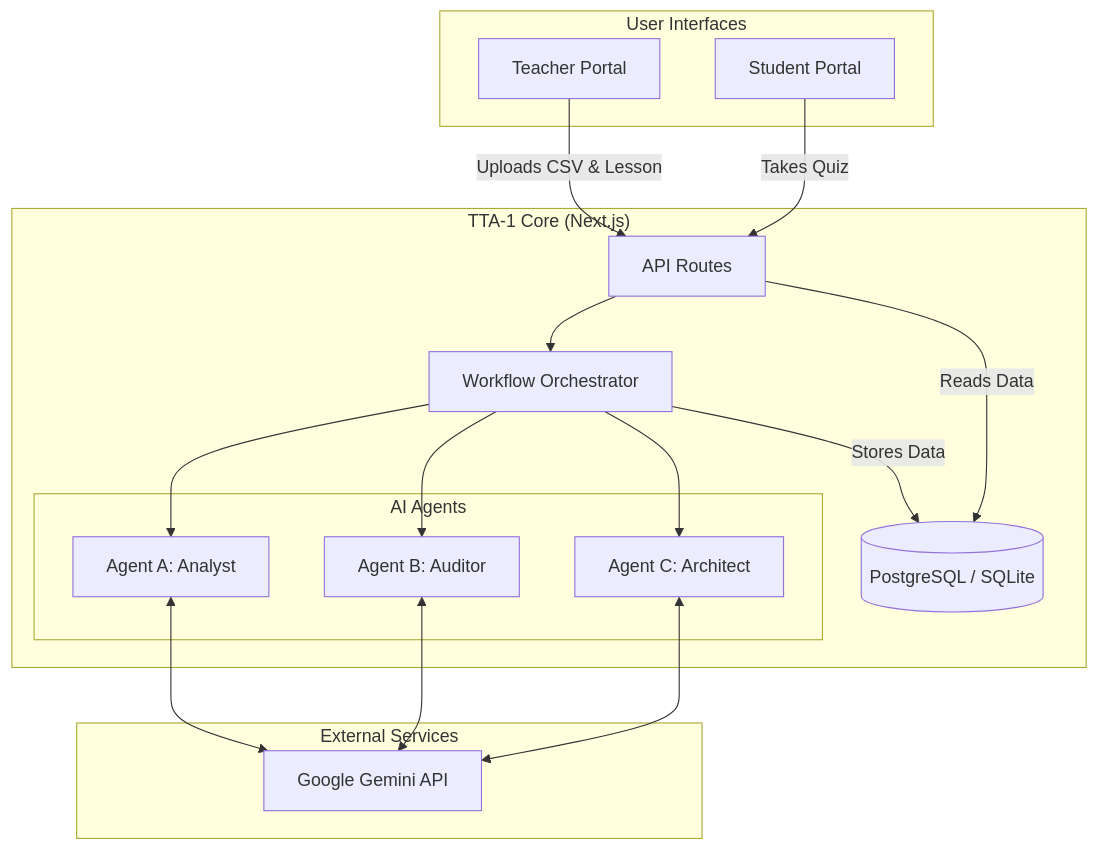
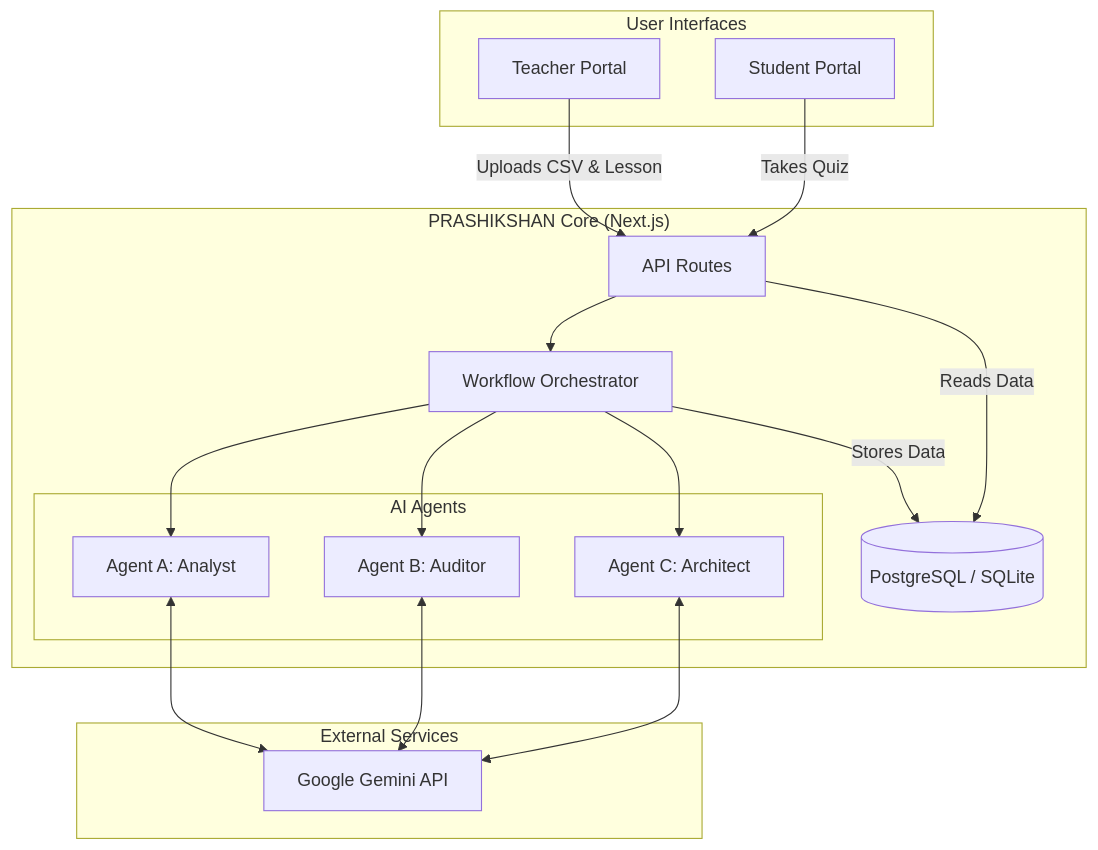
Before and after one commit to rrrr08/KAGGLE-GOOGLE: the diagram in README.md, drawn with Mermaid. The commit also changed other lines of this file and 9 other files, not shown here.

````diff
--- a/README.md
+++ b/README.md
@@ -29,38 +29,38 @@
 ```mermaid
 graph TD
     subgraph "User Interfaces"
         Teacher[Teacher Portal]
         Student[Student Portal]
     end
 
-    subgraph "TTA-1 Core (Next.js)"
+    subgraph "PRASHIKSHAN Core (Next.js)"
         API[API Routes]
         Orchestrator[Workflow Orchestrator]
         
         subgraph "AI Agents"
             AgentA[Agent A: Analyst]
             AgentB[Agent B: Auditor]
             AgentC[Agent C: Architect]
         end
         
         DB[(PostgreSQL / SQLite)]
     end
 
     subgraph "External Services"
         Gemini[Google Gemini API]
     end
 
     Teacher -->|Uploads CSV & Lesson| API
     Student -->|Takes Quiz| API
     API --> Orchestrator
     Orchestrator --> AgentA
     Orchestrator --> AgentB
     Orchestrator --> AgentC
     
     AgentA <--> Gemini
     AgentB <--> Gemini
     AgentC <--> Gemini
     
     Orchestrator -->|Stores Data| DB
     API -->|Reads Data| DB
 ```
````
